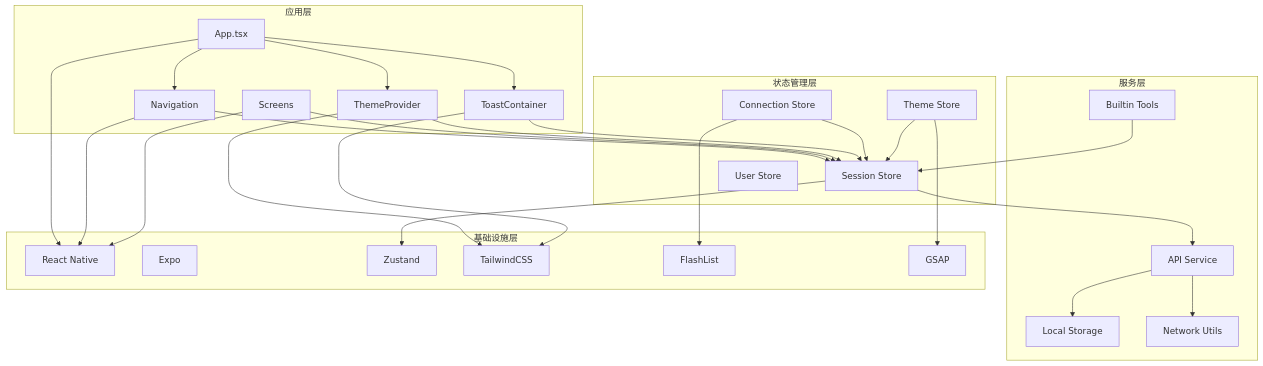
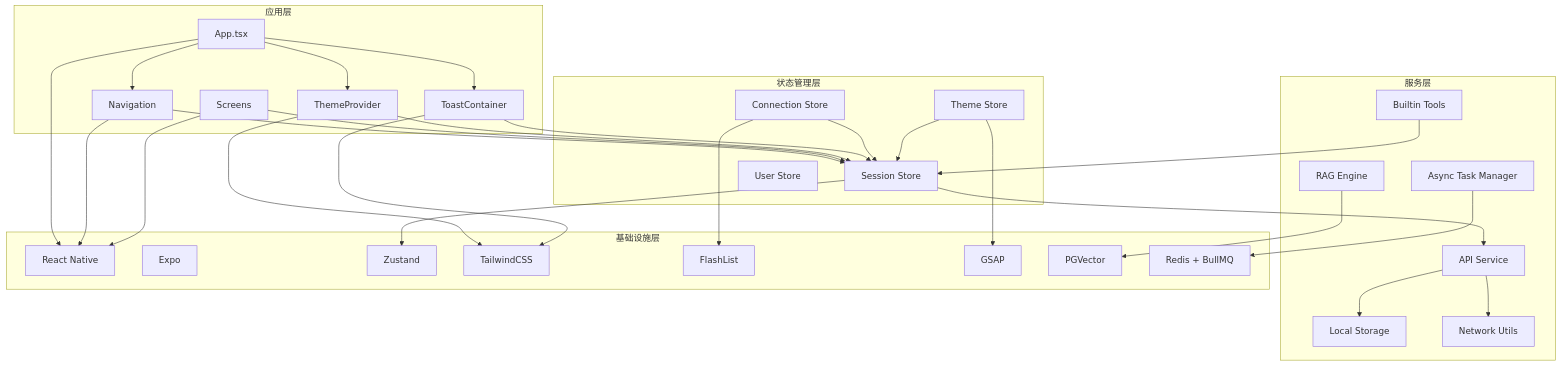
Diagram 16 of 16 in .qoder/repowiki/zh/content/开发指南/移动端开发指南.md (AvatoLabs/avato), drawn with Mermaid before and after one commit. The commit also changed other lines of this file and 222 other files, not shown here.

````diff
--- a/.qoder/repowiki/zh/content/开发指南/移动端开发指南.md
+++ b/.qoder/repowiki/zh/content/开发指南/移动端开发指南.md
@@ -580,51 +725,57 @@
 ```mermaid
 graph TB
 subgraph "应用层"
 A[App.tsx]
 B[Navigation]
 C[Screens]
 D[ThemeProvider]
 E[ToastContainer]
 end
 subgraph "状态管理层"
 F[Session Store]
 G[Connection Store]
 H[Theme Store]
 I[User Store]
 end
 subgraph "服务层"
 J[API Service]
 K[Local Storage]
 L[Network Utils]
 M[Builtin Tools]
+N[RAG Engine]
+O[Async Task Manager]
 end
 subgraph "基础设施层"
-N[React Native]
-O[Expo]
-P[Zustand]
-Q[TailwindCSS]
-R[FlashList]
-S[GSAP]
+P[React Native]
+Q[Expo]
+R[Zustand]
+S[TailwindCSS]
+T[FlashList]
+U[GSAP]
+V[PGVector]
+W[Redis + BullMQ]
 end
 A --> B
 A --> D
 A --> E
 B --> F
 C --> F
 D --> F
 E --> F
 F --> J
 G --> F
 H --> F
 J --> K
 J --> L
 M --> F
-F --> P
-A --> N
-B --> N
-C --> N
-D --> Q
-E --> Q
-G --> R
-H --> S
+N --> V
+O --> W
+F --> R
+A --> P
+B --> P
+C --> P
+D --> S
+E --> S
+G --> T
+H --> U
 ```
````
